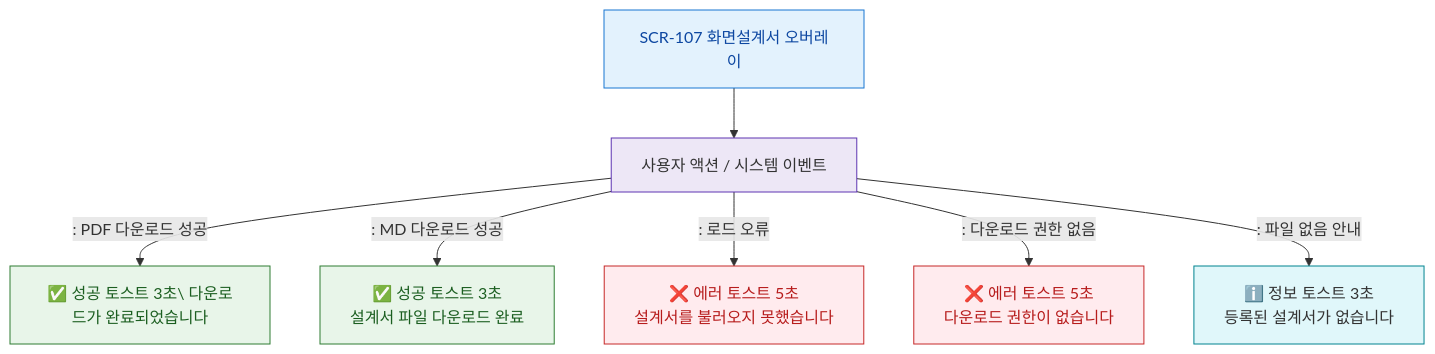
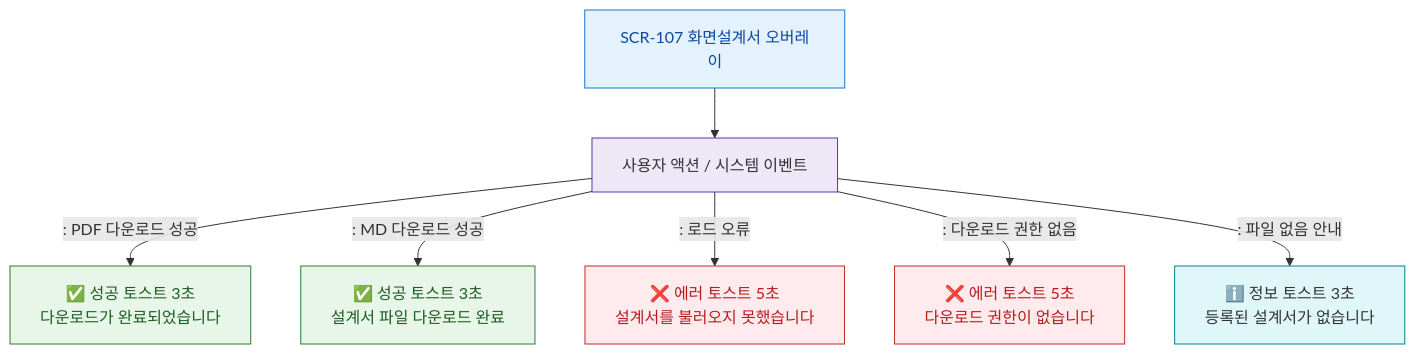
Before and after one commit to dev-spogym/admin-pando: the diagram in docs/admin/다이어그램/D01_공통/SCR-107_화면설계서오버레이/F9_토스트.md, drawn with Mermaid. The commit also changed 369 other files, not shown here.

````diff
--- a/docs/admin/다이어그램/D01_공통/SCR-107_화면설계서오버레이/F9_토스트.md
+++ b/docs/admin/다이어그램/D01_공통/SCR-107_화면설계서오버레이/F9_토스트.md
@@ -17,23 +17,23 @@
 ```mermaid
 flowchart TD
     SCR_107[SCR-107 화면설계서 오버레이] --> ACTIONS[사용자 액션 / 시스템 이벤트]
 
-    ACTIONS -->|": PDF 다운로드 성공"|T_SUCCESS_1[✅ 성공 토스트 3초\ 다운로드가 완료되었습니다]
+    ACTIONS -->|": PDF 다운로드 성공"|T_SUCCESS_1[✅ 성공 토스트 3초<br/> 다운로드가 완료되었습니다]
     ACTIONS -->|": MD 다운로드 성공"|T_SUCCESS_2[✅ 성공 토스트 3초\n설계서 파일 다운로드 완료]
 
     ACTIONS -->|": 로드 오류"|T_ERR_1[❌ 에러 토스트 5초\n설계서를 불러오지 못했습니다]
     ACTIONS -->|": 다운로드 권한 없음"|T_ERR_2[❌ 에러 토스트 5초\n다운로드 권한이 없습니다]
 
     ACTIONS -->|": 파일 없음 안내"|T_INFO_1[ℹ️ 정보 토스트 3초\n등록된 설계서가 없습니다]
 
     classDef success fill:#E8F5E9,stroke:#2E7D32,color:#1B5E20
     classDef error fill:#FFEBEE,stroke:#C62828,color:#B71C1C
     classDef info fill:#E0F7FA,stroke:#00838F
     classDef screen fill:#E3F2FD,stroke:#1976D2,color:#0D47A1
     classDef system fill:#EDE7F6,stroke:#5E35B2
     class T_SUCCESS_1,T_SUCCESS_2 success
     class T_ERR_1,T_ERR_2 error
     class T_INFO_1 info
     class SCR_107 screen
     class ACTIONS system
 ```
````
